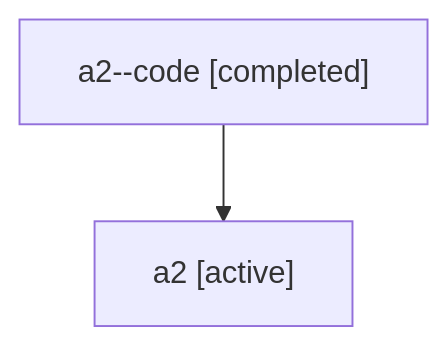
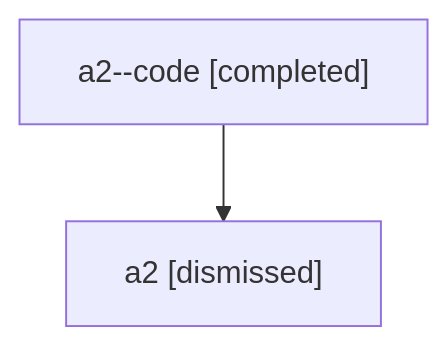
The diagram in sessions/bbugyi200.athena.a2.md (sase-org/sase--agents), drawn with Mermaid before and after one commit. The commit also changed other lines of this file and 35 other files, not shown here.

````diff
--- a/sessions/bbugyi200.athena.a2.md
+++ b/sessions/bbugyi200.athena.a2.md
@@ -9,6 +9,6 @@
 ```mermaid
 flowchart TD
   n0["a2--code [completed]"]
-  n1["a2 [active]"]
+  n1["a2 [dismissed]"]
   n0 --> n1
 ```
````
